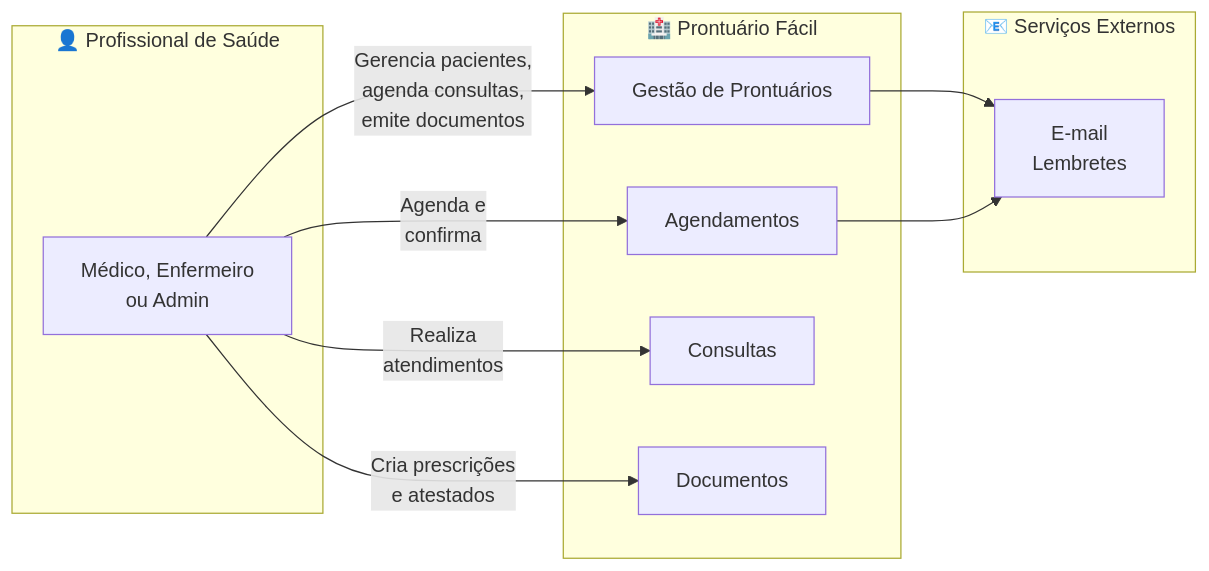
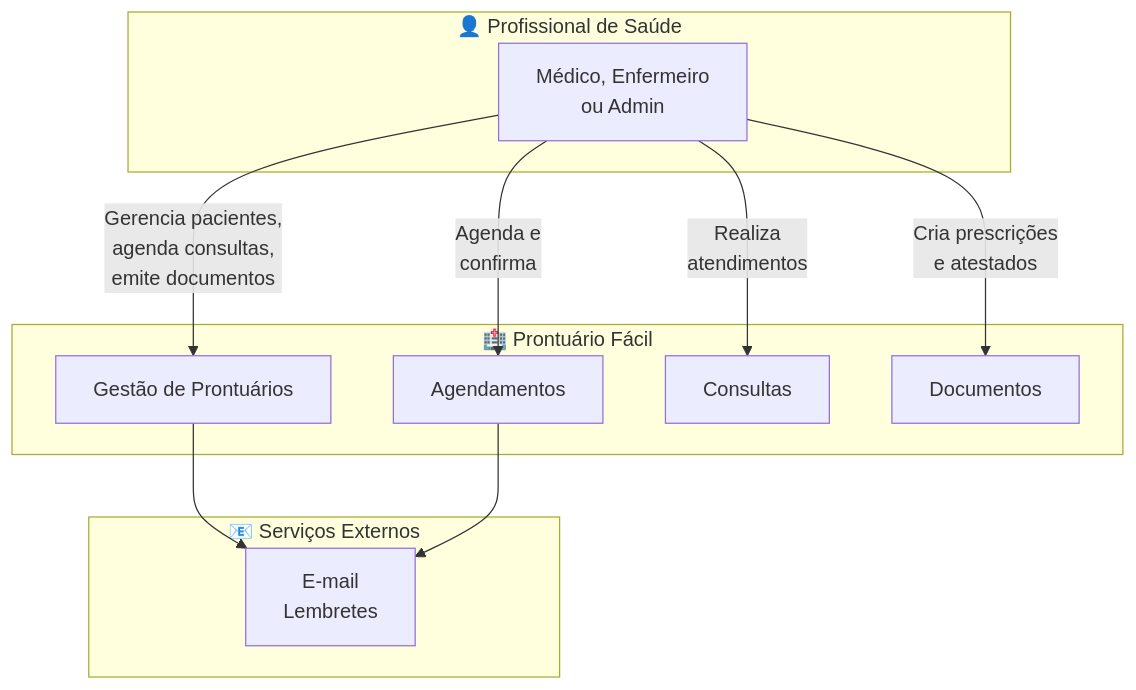
The first of 4 diagrams in README.md (Adriano1976/prontuario-facil), drawn with Mermaid before and after one commit. The commit also changed other lines of this file, not shown here.

Commit message:
docs: atualiza README do projeto

````diff
--- a/README.md
+++ b/README.md
@@ -50,24 +50,24 @@
 ```mermaid
-flowchart LR
+flowchart TD
     subgraph Usuario["👤 Profissional de Saúde"]
         U["Médico, Enfermeiro\nou Admin"]
     end
 
     subgraph Sistema["🏥 Prontuário Fácil"]
         A["Gestão de Prontuários"]
         B["Agendamentos"]
         C["Consultas"]
         D["Documentos"]
     end
 
     subgraph Externo["📧 Serviços Externos"]
         E["E-mail\nLembretes"]
     end
 
     U -->|"Gerencia pacientes,\nagenda consultas,\nemite documentos"| A
     U -->|"Agenda e\nconfirma"| B
     U -->|"Realiza\natendimentos"| C
     U -->|"Cria prescrições\ne atestados"| D
     A --> E
     B --> E
 ```
````
